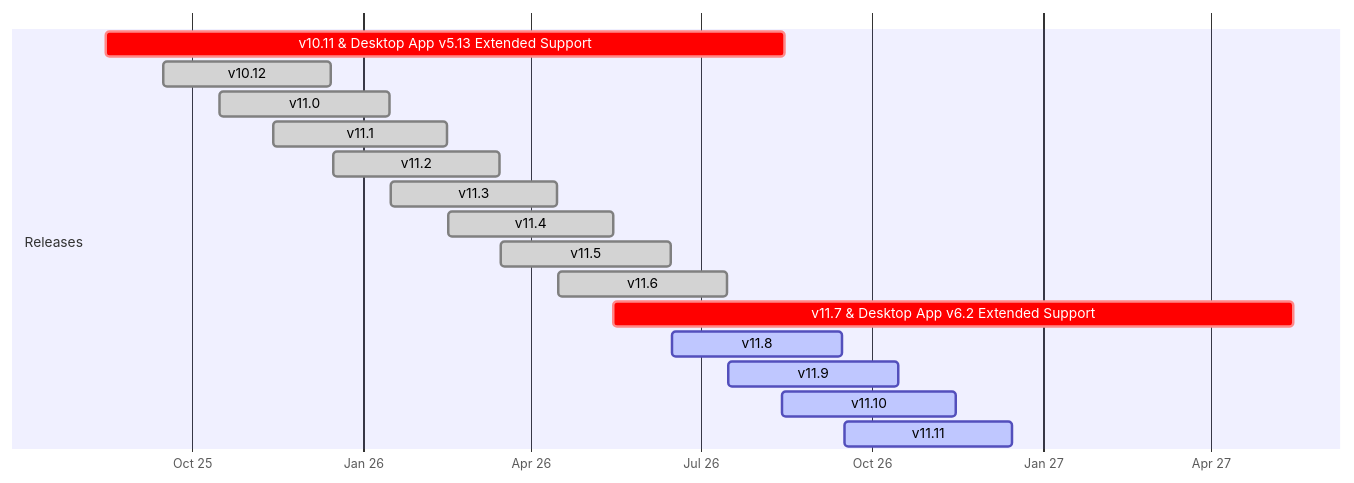
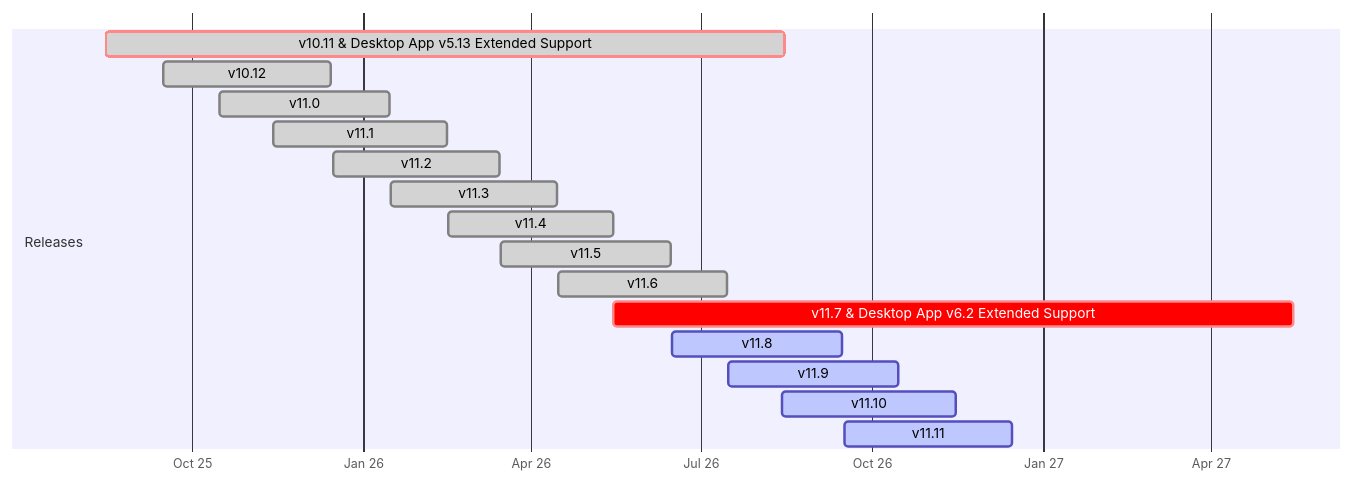
One commit to mattermost/docs changed the diagram in source/product-overview/release-policy.md. Above: the diagram before and after it, drawn with Mermaid.

````diff
--- a/source/product-overview/release-policy.md
+++ b/source/product-overview/release-policy.md
@@ -44,22 +44,22 @@
 ```{mermaid}
 
 gantt
     dateFormat  YYYY-MM-DD
     axisFormat  %b %y
 
     section Releases
-    v10.11 & Desktop App v5.13 Extended Support :crit,  :done, 2025-08-16, 2026-08-15
+    v10.11 & Desktop App v5.13 Extended Support :crit, done, 2025-08-16, 2026-08-15
     v10.12                 :done, 2025-09-16, 2025-12-15
     v11.0                  :done, 2025-10-16, 2026-01-15
     v11.1                  :done, 2025-11-14, 2026-02-15
     v11.2                  :done, 2025-12-16, 2026-03-15
     v11.3                  :done, 2026-01-16, 2026-04-15
     v11.4                  :done, 2026-02-16, 2026-05-15
     v11.5                  :done, 2026-03-16, 2026-06-15
     v11.6                  :done, 2026-04-16, 2026-07-15
     v11.7 & Desktop App v6.2 Extended Support :crit,    2026-05-15, 2027-05-15
     v11.8                  :active, 2026-06-16, 2026-09-15
     v11.9                  :active, 2026-07-16, 2026-10-15
     v11.10                 :active, 2026-08-14, 2026-11-15
     v11.11                 :active, 2026-09-16, 2026-12-15
 ```
````
